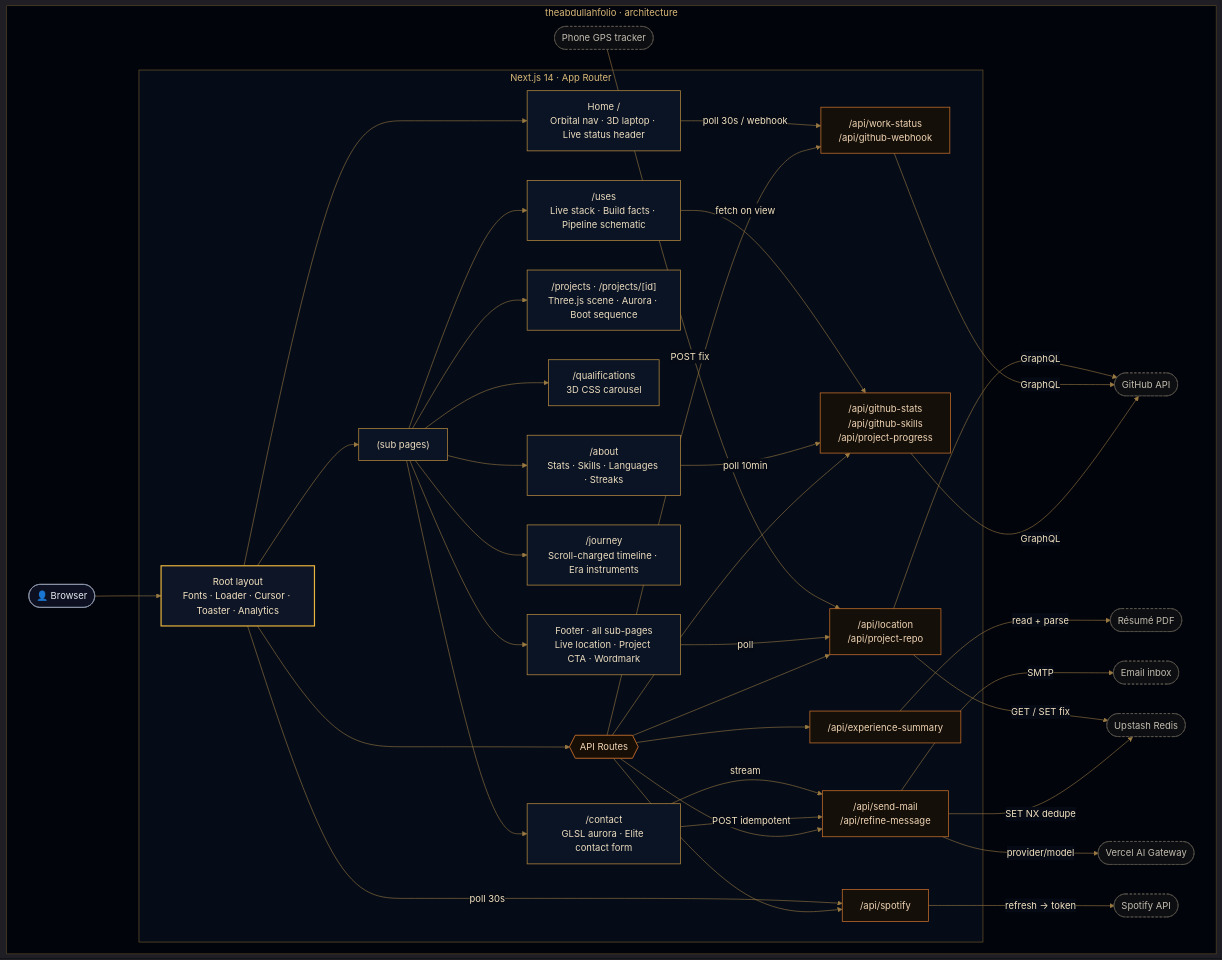
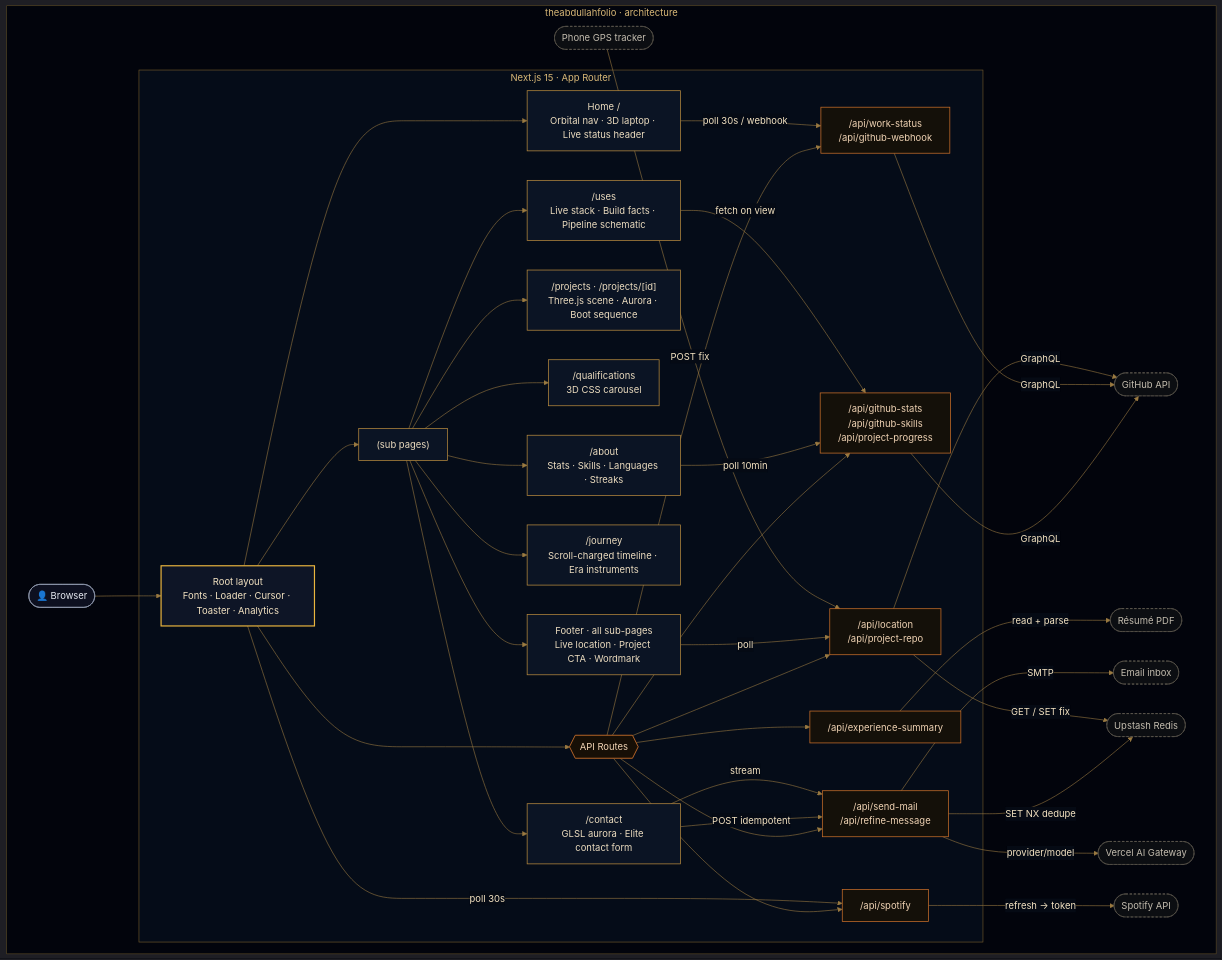
Before and after one commit to MA1002643/theabdullahfolio: the first of 2 diagrams in README.md, drawn with Mermaid. The commit also changed other lines of this file and 25 other files, not shown here.

````diff
--- a/README.md
+++ b/README.md
@@ -149,72 +149,72 @@
 ```mermaid
 %%{init: {"theme":"dark","themeVariables":{"fontFamily":"ui-sans-serif, system-ui, -apple-system, Segoe UI, sans-serif","lineColor":"#9a7a42","edgeLabelBackground":"#050a14","tertiaryColor":"#050a14"}}}%%
 graph TD
     subgraph Sys[" theabdullahfolio · architecture "]
         Browser(["👤 Browser"])
 
-        subgraph App[" Next.js 14 · App Router "]
+        subgraph App[" Next.js 15 · App Router "]
             Root["Root layout<br/>Fonts · Loader · Cursor · Toaster · Analytics"]
             Root --> Home["Home /<br/>Orbital nav · 3D laptop · Live status header"]
             Root --> Pages["(sub pages)"]
             Pages --> About["/about<br/>Stats · Skills · Languages · Streaks"]
             Pages --> Projects["/projects · /projects/[id]<br/>Three.js scene · Aurora · Boot sequence"]
             Pages --> Quals["/qualifications<br/>3D CSS carousel"]
             Pages --> Contact["/contact<br/>GLSL aurora · Elite contact form"]
             Pages --> Journey["/journey<br/>Scroll-charged timeline · Era instruments"]
             Pages --> Uses["/uses<br/>Live stack · Build facts · Pipeline schematic"]
             Pages --> Footer["Footer · all sub-pages<br/>Live location · Project CTA · Wordmark"]
 
             Root --> API{{"API Routes"}}
             API --> Stats["/api/github-stats<br/>/api/github-skills<br/>/api/project-progress"]
             API --> Exp["/api/experience-summary"]
             API --> Work["/api/work-status<br/>/api/github-webhook"]
             API --> Mail["/api/send-mail<br/>/api/refine-message"]
             API --> Foot["/api/location<br/>/api/project-repo"]
             API --> Music["/api/spotify"]
         end
 
         GitHub([GitHub API])
         PDF([Résumé PDF])
         Inbox([Email inbox])
         Redis([Upstash Redis])
         Gateway([Vercel AI Gateway])
         Tracker([Phone GPS tracker])
         Spotify([Spotify API])
 
         Browser --> Root
         About -->|poll 10min| Stats
         Uses -->|fetch on view| Stats
         Home -->|poll 30s / webhook| Work
         Contact -->|POST idempotent| Mail
         Contact -->|stream| Mail
         Stats -->|GraphQL| GitHub
         Work -->|GraphQL| GitHub
         Exp -->|read + parse| PDF
         Mail -->|SMTP| Inbox
         Mail -->|SET NX dedupe| Redis
         Mail -->|provider/model| Gateway
         Footer -->|poll| Foot
         Tracker -->|POST fix| Foot
         Foot -->|GraphQL| GitHub
         Foot -->|GET / SET fix| Redis
         Root -->|poll 30s| Music
         Music -->|refresh → token| Spotify
     end
 
     classDef client fill:#0d1020,stroke:#8f99ad,stroke-width:1.25px,color:#e6e9f0;
     classDef root fill:#0e1526,stroke:#eab53e,stroke-width:2px,color:#f4e3c2;
     classDef page fill:#0b1424,stroke:#b78a3e,stroke-width:1.25px,color:#ecdcbf;
     classDef api fill:#141009,stroke:#c96f2a,stroke-width:1.25px,color:#f0d3b4;
     classDef gateway fill:#170f06,stroke:#c96f2a,stroke-width:1.5px,color:#f0d3b4;
     classDef ext fill:#0c0e12,stroke:#5f5a50,stroke-width:1px,color:#c3bcae,stroke-dasharray:4 3;
 
     class Browser client;
     class Root root;
     class Home,Pages,About,Projects,Quals,Contact,Journey,Uses,Footer page;
     class Stats,Exp,Work,Mail,Foot,Music api;
     class API gateway;
     class GitHub,PDF,Inbox,Redis,Gateway,Tracker,Spotify ext;
 
     style Sys fill:#02040c,stroke:#5c4a24,stroke-width:1px,color:#d9b877;
     style App fill:#050c18,stroke:#7a5f2c,stroke-width:1px,color:#d9b877;
 ```
````
